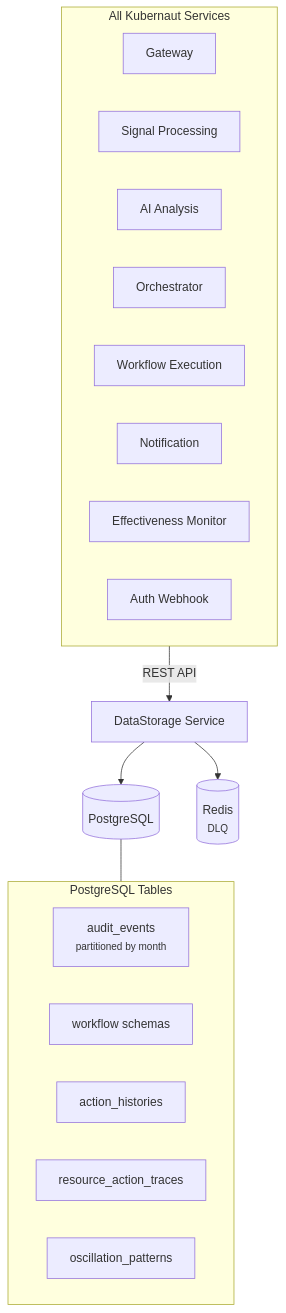
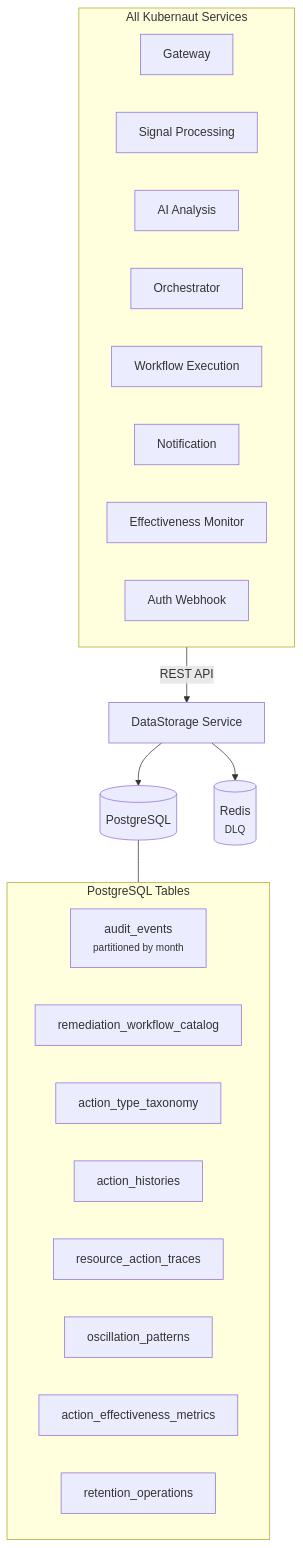
One commit to jordigilh/kubernaut-docs changed the first of 3 diagrams in docs/architecture/data-persistence.md. Above: the diagram before and after it, drawn with Mermaid. The commit also changed other lines of this file and 12 other files, not shown here.

First line of the commit message:
docs: expand architecture pages with per-service deep dives

````diff
--- a/docs/architecture/data-persistence.md
+++ b/docs/architecture/data-persistence.md
@@ -7,28 +7,31 @@
 ```mermaid
 graph TB
     subgraph Services["All Kubernaut Services"]
         S1[Gateway]
         S2[Signal Processing]
         S3[AI Analysis]
         S4[Orchestrator]
         S5[Workflow Execution]
         S6[Notification]
         S7[Effectiveness Monitor]
         S8[Auth Webhook]
     end
 
     Services -->|REST API| DS[DataStorage Service]
 
     DS --> PG[(PostgreSQL)]
     DS --> RD[(Redis<br/><small>DLQ</small>)]
 
     subgraph Tables["PostgreSQL Tables"]
         AE[audit_events<br/><small>partitioned by month</small>]
-        WF[workflow schemas]
+        WF[remediation_workflow_catalog]
+        AT[action_type_taxonomy]
         AH[action_histories]
         RT[resource_action_traces]
         OP[oscillation_patterns]
+        AEM[action_effectiveness_metrics]
+        RO_T[retention_operations]
     end
 
     PG --- Tables
 ```
````
